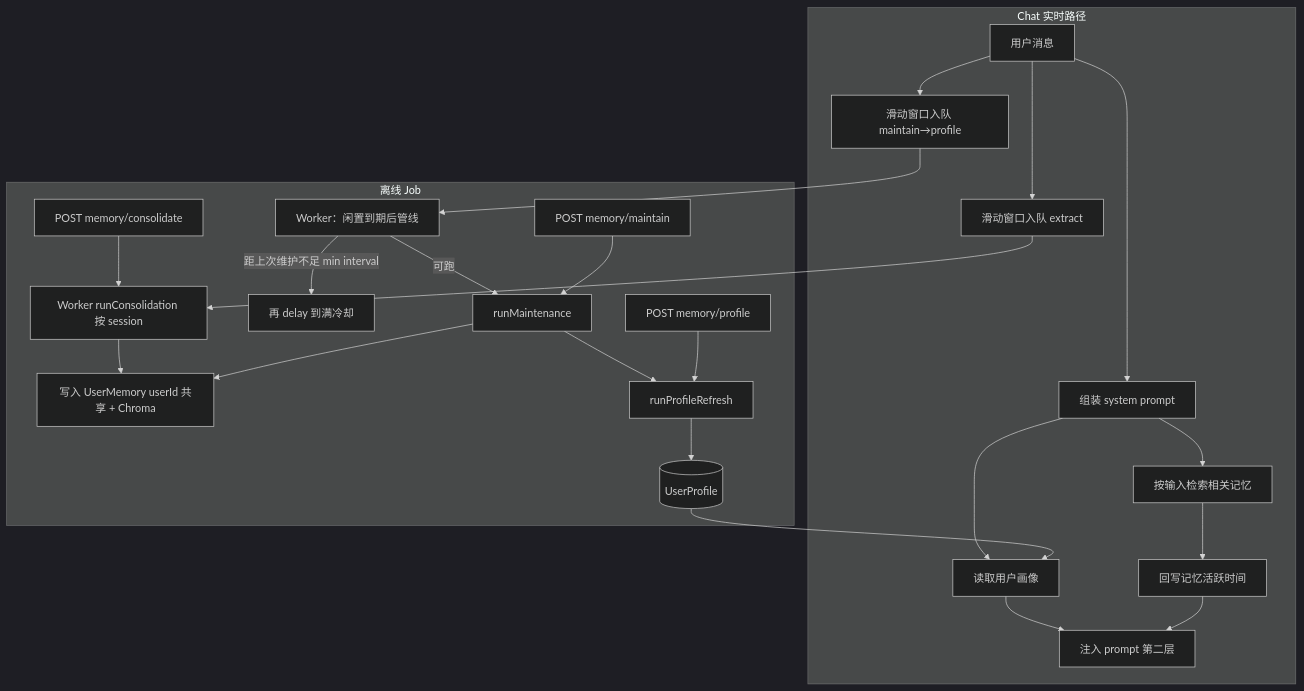
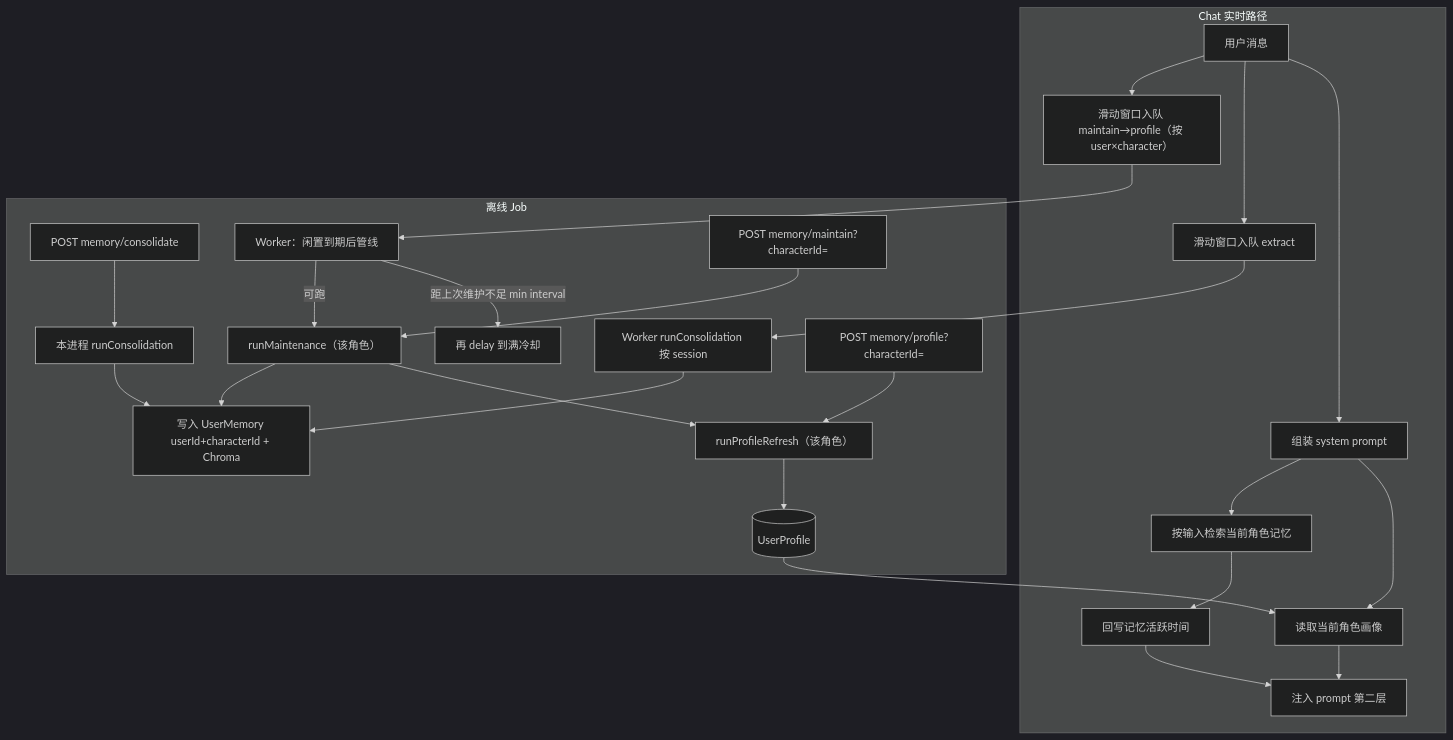
One commit to lilialab/lilia changed the diagram in docs/memory/pipeline.md. Above: the diagram before and after it, drawn with Mermaid (dark theme). The commit also changed other lines of this file and 24 other files, not shown here.

````diff
--- a/docs/memory/pipeline.md
+++ b/docs/memory/pipeline.md
@@ -7,28 +7,29 @@
 ```mermaid
 flowchart TB
   subgraph chat [Chat 实时路径]
     UserMsg[用户消息] --> AssemblePrompt[组装 system prompt]
     UserMsg --> ScheduleExtract[滑动窗口入队 extract]
-    UserMsg --> ScheduleMaintain["滑动窗口入队 maintain→profile"]
-    AssemblePrompt --> LoadProfile[读取用户画像]
-    AssemblePrompt --> RagRecall[按输入检索相关记忆]
+    UserMsg --> ScheduleMaintain["滑动窗口入队 maintain→profile（按 user×character）"]
+    AssemblePrompt --> LoadProfile[读取当前角色画像]
+    AssemblePrompt --> RagRecall[按输入检索当前角色记忆]
     LoadProfile --> InjectPrompt[注入 prompt 第二层]
     RagRecall --> TouchActive[回写记忆活跃时间]
     TouchActive --> InjectPrompt
   end
 
   subgraph jobs [离线 Job]
     ScheduleExtract --> WorkerExtract["Worker runConsolidation 按 session"]
-    ManualExtract["POST memory/consolidate"] --> WorkerExtract
-    WorkerExtract --> WriteMemory["写入 UserMemory userId 共享 + Chroma"]
+    ManualExtract["POST memory/consolidate"] --> RunExtract["本进程 runConsolidation"]
+    WorkerExtract --> WriteMemory["写入 UserMemory userId+characterId + Chroma"]
+    RunExtract --> WriteMemory
     ScheduleMaintain --> WorkerMaintain["Worker：闲置到期后管线"]
     WorkerMaintain -->|"距上次维护不足 min interval"| Reschedule[再 delay 到满冷却]
-    WorkerMaintain -->|"可跑"| RunMaintain[runMaintenance]
-    RunMaintain --> RunProfile[runProfileRefresh]
-    ManualMaintain["POST memory/maintain"] --> RunMaintain
-    ManualProfile["POST memory/profile"] --> RunProfile
+    WorkerMaintain -->|"可跑"| RunMaintain["runMaintenance（该角色）"]
+    RunMaintain --> RunProfile["runProfileRefresh（该角色）"]
+    ManualMaintain["POST memory/maintain?characterId="] --> RunMaintain
+    ManualProfile["POST memory/profile?characterId="] --> RunProfile
     RunMaintain --> WriteMemory
     RunProfile --> UserProfile[(UserProfile)]
     UserProfile --> LoadProfile
   end
 ```
````
